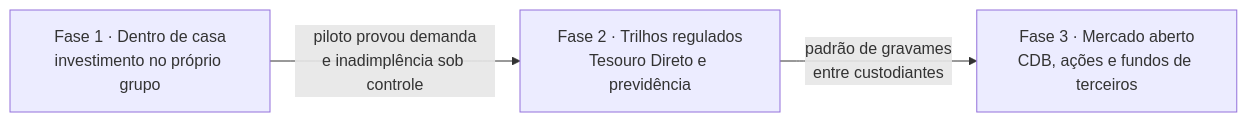
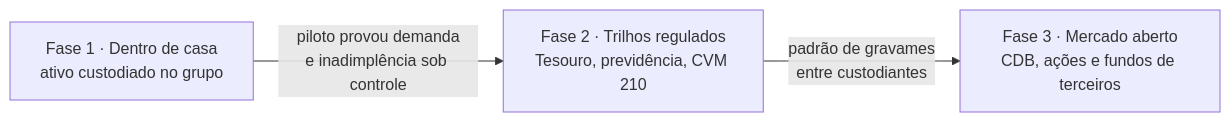
One commit to EnzoRenato16/limite-garantido-api changed the diagram in docs/roadmap.md. Above: the diagram before and after it, drawn with Mermaid. The commit also changed other lines of this file and 3 other files, not shown here.

First line of the commit message:
docs: README, arquitetura, riscos, roadmap e mercado alinhados à auditoria regulatória

````diff
--- a/docs/roadmap.md
+++ b/docs/roadmap.md
@@ -12,8 +15,8 @@
 ```mermaid
 flowchart LR
-    F1["Fase 1 · Dentro de casa<br/>investimento no próprio grupo"]
-    F2["Fase 2 · Trilhos regulados<br/>Tesouro Direto e previdência"]
+    F1["Fase 1 · Dentro de casa<br/>ativo custodiado no grupo"]
+    F2["Fase 2 · Trilhos regulados<br/>Tesouro, previdência, CVM 210"]
     F3["Fase 3 · Mercado aberto<br/>CDB, ações e fundos de terceiros"]
     F1 -- "piloto provou demanda<br/>e inadimplência sob controle" --> F2
     F2 -- "padrão de gravames<br/>entre custodiantes" --> F3
 ```
````
